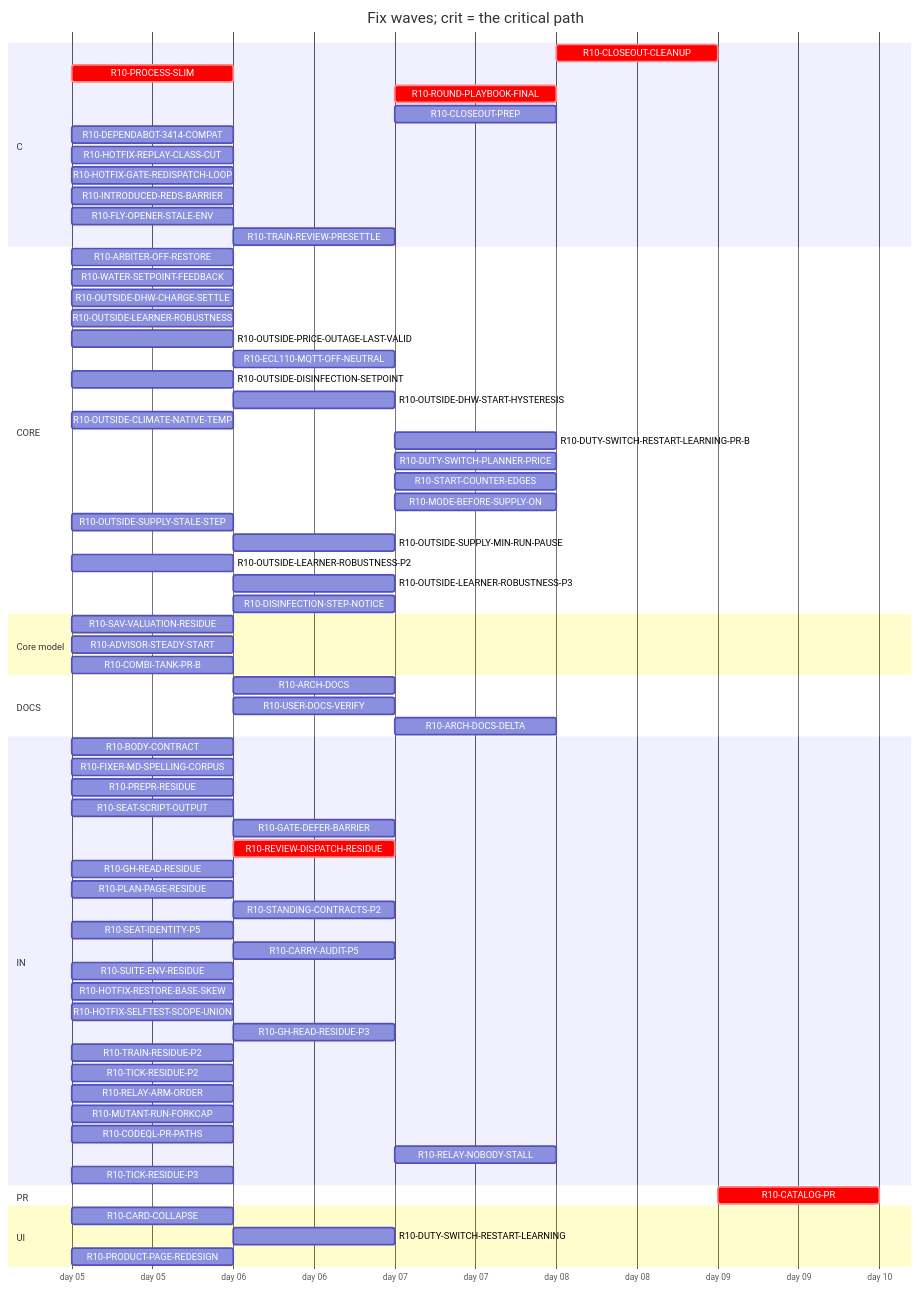
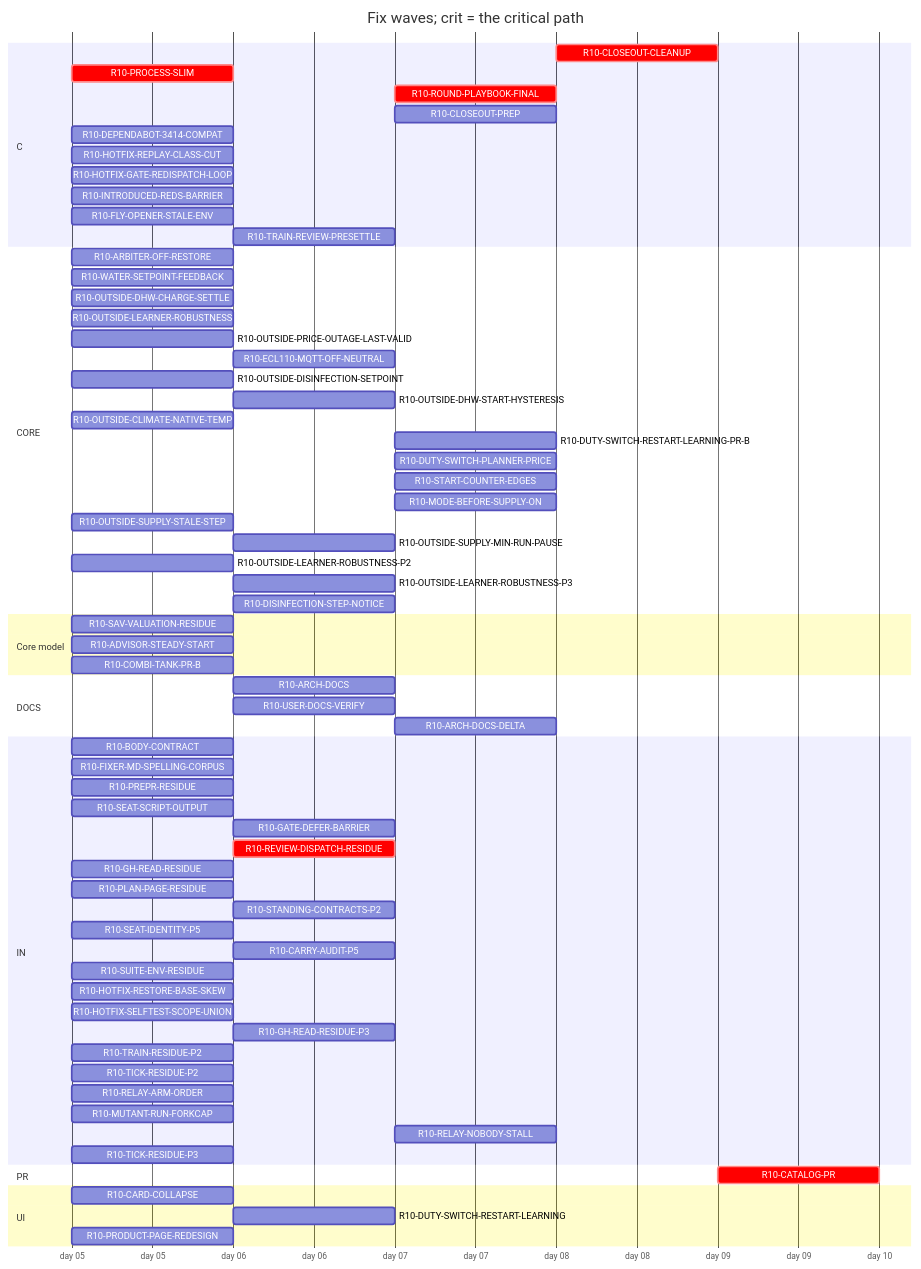
The diagram in handoff/round10/state/PLAN-TABLE.md (tvofi/heatpump_optimizer), drawn with Mermaid before and after one commit. The commit also changed other lines of this file and 3 other files, not shown here.

Commit message:
state: FLOW-BOARD.md, NEXT-SESSION-PROMPT.md, PLAN-TABLE.md, RESUME-CURRENT.md regenerated (state_docs.py)

````diff
--- a/handoff/round10/state/PLAN-TABLE.md
+++ b/handoff/round10/state/PLAN-TABLE.md
@@ -20,73 +20,72 @@
 ```mermaid
 gantt
   title Fix waves; crit = the critical path
   dateFormat YYYY-MM-DD
   axisFormat day %d
   section C
     R10-CLOSEOUT-CLEANUP :crit, r10CLOSEOUTCLEANUP, after r10ARCHDOCS r10USERDOCSVERIFY r10ROUNDPLAYBOOKFINAL r10CLOSEOUTPREP r10ARCHDOCSDELTA, 1d
     R10-PROCESS-SLIM :crit, r10PROCESSSLIM, 2026-01-05, 1d
     R10-ROUND-PLAYBOOK-FINAL :crit, r10ROUNDPLAYBOOKFINAL, after r10BODYCONTRACT r10PROCESSSLIM r10FIXERMDSPELLINGCORPUS r10PREPRRESIDUE r10SEATSCRIPTOUTPUT r10REVIEWDISPATCHRESIDUE r10CARRYAUDITP5 r10SEATIDENTITYP5 r10STANDINGCONTRACTSP2 r10PLANPAGERESIDUE r10GHREADRESIDUE r10SUITEENVRESIDUE r10GATEDEFERBARRIER, 1d
     R10-CLOSEOUT-PREP :r10CLOSEOUTPREP, after r10ARCHDOCS r10BODYCONTRACT r10PROCESSSLIM r10FIXERMDSPELLINGCORPUS r10PREPRRESIDUE r10SEATSCRIPTOUTPUT r10REVIEWDISPATCHRESIDUE r10CARRYAUDITP5 r10SEATIDENTITYP5 r10STANDINGCONTRACTSP2 r10PLANPAGERESIDUE r10GHREADRESIDUE r10SUITEENVRESIDUE r10GATEDEFERBARRIER, 1d
     R10-DEPENDABOT-3414-COMPAT :r10DEPENDABOT3414COMPAT, 2026-01-05, 1d
     R10-HOTFIX-REPLAY-CLASS-CUT :r10HOTFIXREPLAYCLASSCUT, 2026-01-05, 1d
     R10-HOTFIX-GATE-REDISPATCH-LOOP :r10HOTFIXGATEREDISPATCHLOOP, 2026-01-05, 1d
     R10-INTRODUCED-REDS-BARRIER :r10INTRODUCEDREDSBARRIER, 2026-01-05, 1d
     R10-FLY-OPENER-STALE-ENV :r10FLYOPENERSTALEENV, 2026-01-05, 1d
     R10-TRAIN-REVIEW-PRESETTLE :r10TRAINREVIEWPRESETTLE, after r10TRAINRESIDUEP2, 1d
   section CORE
     R10-ARBITER-OFF-RESTORE :r10ARBITEROFFRESTORE, 2026-01-05, 1d
     R10-WATER-SETPOINT-FEEDBACK :r10WATERSETPOINTFEEDBACK, 2026-01-05, 1d
     R10-OUTSIDE-DHW-CHARGE-SETTLE :r10OUTSIDEDHWCHARGESETTLE, 2026-01-05, 1d
     R10-OUTSIDE-LEARNER-ROBUSTNESS :r10OUTSIDELEARNERROBUSTNESS, 2026-01-05, 1d
     R10-OUTSIDE-PRICE-OUTAGE-LAST-VALID :r10OUTSIDEPRICEOUTAGELASTVALID, 2026-01-05, 1d
     R10-ECL110-MQTT-OFF-NEUTRAL :r10ECL110MQTTOFFNEUTRAL, after r10ARBITEROFFRESTORE, 1d
     R10-OUTSIDE-DISINFECTION-SETPOINT :r10OUTSIDEDISINFECTIONSETPOINT, 2026-01-05, 1d
     R10-OUTSIDE-DHW-START-HYSTERESIS :r10OUTSIDEDHWSTARTHYSTERESIS, after r10OUTSIDEDISINFECTIONSETPOINT, 1d
     R10-OUTSIDE-CLIMATE-NATIVE-TEMP :r10OUTSIDECLIMATENATIVETEMP, 2026-01-05, 1d
     R10-DUTY-SWITCH-RESTART-LEARNING-PR-B :r10DUTYSWITCHRESTARTLEARNINGPRB, after r10DUTYSWITCHRESTARTLEARNING, 1d
     R10-DUTY-SWITCH-PLANNER-PRICE :r10DUTYSWITCHPLANNERPRICE, after r10DUTYSWITCHRESTARTLEARNING, 1d
     R10-START-COUNTER-EDGES :r10STARTCOUNTEREDGES, after r10DUTYSWITCHRESTARTLEARNING, 1d
     R10-MODE-BEFORE-SUPPLY-ON :r10MODEBEFORESUPPLYON, after r10DUTYSWITCHRESTARTLEARNING, 1d
     R10-OUTSIDE-SUPPLY-STALE-STEP :r10OUTSIDESUPPLYSTALESTEP, 2026-01-05, 1d
     R10-OUTSIDE-SUPPLY-MIN-RUN-PAUSE :r10OUTSIDESUPPLYMINRUNPAUSE, after r10OUTSIDESUPPLYSTALESTEP, 1d
     R10-OUTSIDE-LEARNER-ROBUSTNESS-P2 :r10OUTSIDELEARNERROBUSTNESSP2, 2026-01-05, 1d
     R10-OUTSIDE-LEARNER-ROBUSTNESS-P3 :r10OUTSIDELEARNERROBUSTNESSP3, after r10OUTSIDELEARNERROBUSTNESS r10OUTSIDELEARNERROBUSTNESSP2, 1d
     R10-DISINFECTION-STEP-NOTICE :r10DISINFECTIONSTEPNOTICE, after r10OUTSIDEDISINFECTIONSETPOINT, 1d
   section Core model
     R10-SAV-VALUATION-RESIDUE :r10SAVVALUATIONRESIDUE, 2026-01-05, 1d
     R10-ADVISOR-STEADY-START :r10ADVISORSTEADYSTART, 2026-01-05, 1d
     R10-COMBI-TANK-PR-B :r10COMBITANKPRB, 2026-01-05, 1d
   section DOCS
     R10-ARCH-DOCS :r10ARCHDOCS, after r10BODYCONTRACT r10PROCESSSLIM, 1d
     R10-USER-DOCS-VERIFY :r10USERDOCSVERIFY, after r10ARBITEROFFRESTORE r10PRODUCTPAGEREDESIGN, 1d
     R10-ARCH-DOCS-DELTA :r10ARCHDOCSDELTA, after r10ARCHDOCS r10ARBITEROFFRESTORE r10SAVVALUATIONRESIDUE r10ADVISORSTEADYSTART r10COMBITANKPRB, 1d
   section IN
     R10-BODY-CONTRACT :r10BODYCONTRACT, 2026-01-05, 1d
     R10-FIXER-MD-SPELLING-CORPUS :r10FIXERMDSPELLINGCORPUS, 2026-01-05, 1d
     R10-PREPR-RESIDUE :r10PREPRRESIDUE, 2026-01-05, 1d
     R10-SEAT-SCRIPT-OUTPUT :r10SEATSCRIPTOUTPUT, 2026-01-05, 1d
     R10-GATE-DEFER-BARRIER :r10GATEDEFERBARRIER, after r10HOTFIXGATEREDISPATCHLOOP, 1d
     R10-REVIEW-DISPATCH-RESIDUE :crit, r10REVIEWDISPATCHRESIDUE, after r10PROCESSSLIM, 1d
     R10-GH-READ-RESIDUE :r10GHREADRESIDUE, 2026-01-05, 1d
     R10-PLAN-PAGE-RESIDUE :r10PLANPAGERESIDUE, 2026-01-05, 1d
     R10-STANDING-CONTRACTS-P2 :r10STANDINGCONTRACTSP2, after r10FIXERMDSPELLINGCORPUS, 1d
     R10-SEAT-IDENTITY-P5 :r10SEATIDENTITYP5, 2026-01-05, 1d
     R10-CARRY-AUDIT-P5 :r10CARRYAUDITP5, after r10BODYCONTRACT, 1d
     R10-SUITE-ENV-RESIDUE :r10SUITEENVRESIDUE, 2026-01-05, 1d
     R10-HOTFIX-RESTORE-BASE-SKEW :r10HOTFIXRESTOREBASESKEW, 2026-01-05, 1d
     R10-HOTFIX-SELFTEST-SCOPE-UNION :r10HOTFIXSELFTESTSCOPEUNION, 2026-01-05, 1d
     R10-GH-READ-RESIDUE-P3 :r10GHREADRESIDUEP3, after r10GHREADRESIDUE, 1d
     R10-TRAIN-RESIDUE-P2 :r10TRAINRESIDUEP2, 2026-01-05, 1d
     R10-TICK-RESIDUE-P2 :r10TICKRESIDUEP2, 2026-01-05, 1d
     R10-RELAY-ARM-ORDER :r10RELAYARMORDER, 2026-01-05, 1d
     R10-MUTANT-RUN-FORKCAP :r10MUTANTRUNFORKCAP, 2026-01-05, 1d
-    R10-CODEQL-PR-PATHS :r10CODEQLPRPATHS, 2026-01-05, 1d
     R10-RELAY-NOBODY-STALL :r10RELAYNOBODYSTALL, after r10RELAYARMORDER r10REVIEWDISPATCHRESIDUE, 1d
     R10-TICK-RESIDUE-P3 :r10TICKRESIDUEP3, 2026-01-05, 1d
   section PR
     R10-CATALOG-PR :crit, r10CATALOGPR, after r10USERDOCSVERIFY r10ARCHDOCS r10ROUNDPLAYBOOKFINAL r10CLOSEOUTCLEANUP r10CLOSEOUTPREP r10ARCHDOCSDELTA, 1d
   section UI
     R10-CARD-COLLAPSE :r10CARDCOLLAPSE, 2026-01-05, 1d
     R10-DUTY-SWITCH-RESTART-LEARNING :r10DUTYSWITCHRESTARTLEARNING, after r10WATERSETPOINTFEEDBACK, 1d
     R10-PRODUCT-PAGE-REDESIGN :r10PRODUCTPAGEREDESIGN, 2026-01-05, 1d
 ```
````
